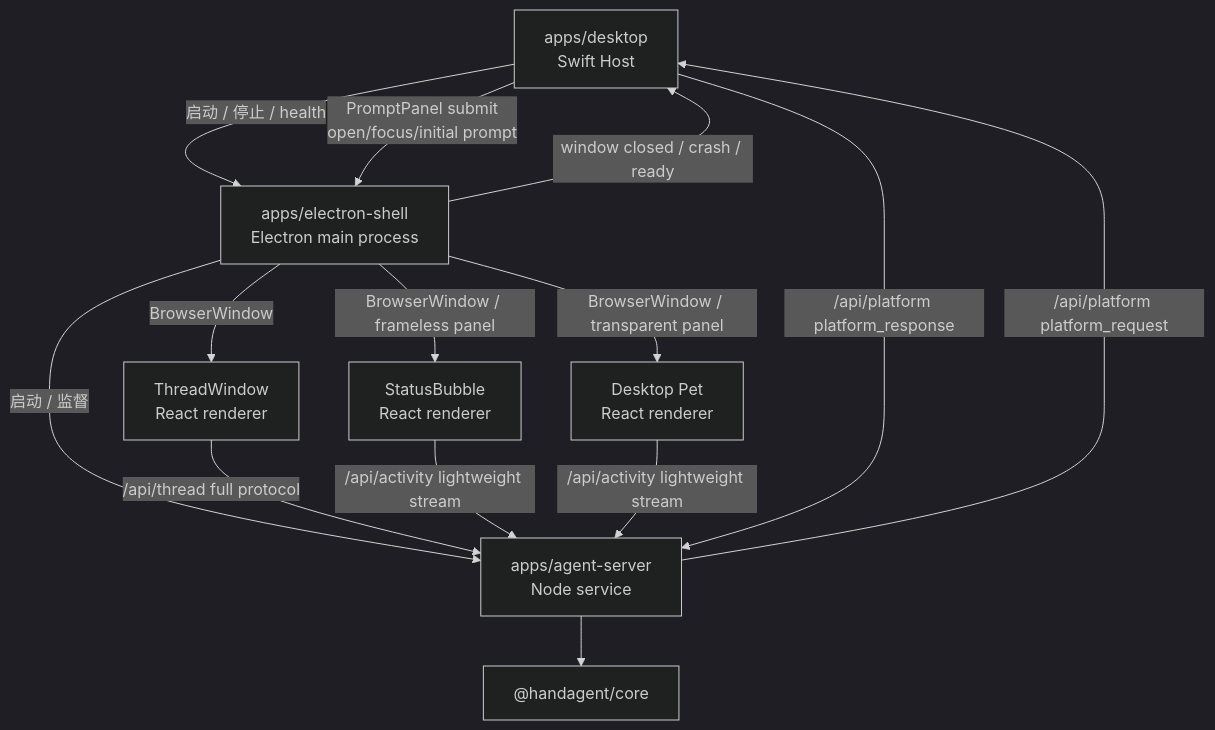
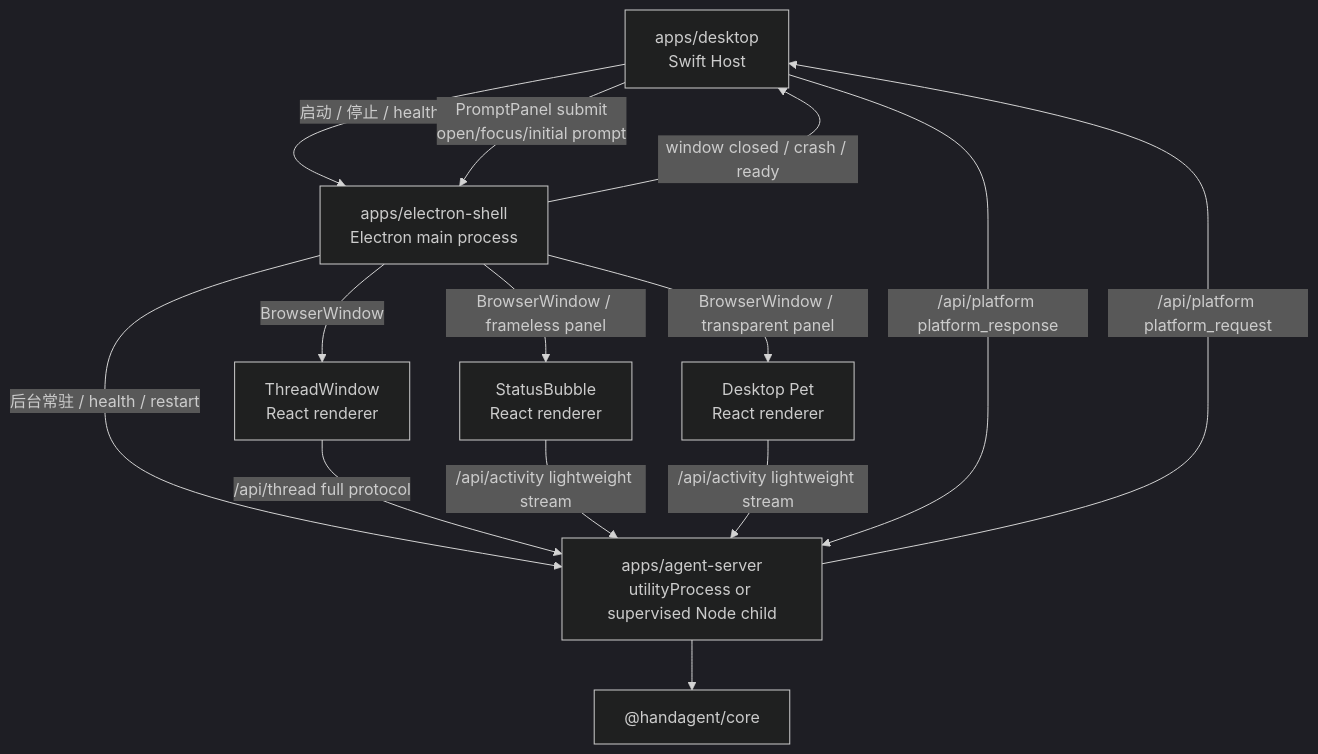
The first of 2 diagrams in docs/superpowers/specs/2026-06-08-electron-ui-shell-migration.md (Lixuhang987/SpotAgent), drawn with Mermaid (dark theme) before and after one commit. The commit also changed other lines of this file, not shown here.

Commit message:
docs: require supervised app server in electron spec

````diff
--- a/docs/superpowers/specs/2026-06-08-electron-ui-shell-migration.md
+++ b/docs/superpowers/specs/2026-06-08-electron-ui-shell-migration.md
@@ -105,19 +105,19 @@
 ```mermaid
 flowchart TD
   Swift["apps/desktop<br/>Swift Host"] -->|"启动 / 停止 / health"| ElectronMain["apps/electron-shell<br/>Electron main process"]
   Swift -->|"PromptPanel submit<br/>open/focus/initial prompt"| ElectronMain
   ElectronMain -->|"window closed / crash / ready"| Swift
 
   ElectronMain -->|"BrowserWindow"| ThreadUI["ThreadWindow<br/>React renderer"]
   ElectronMain -->|"BrowserWindow / frameless panel"| ActivityUI["StatusBubble<br/>React renderer"]
   ElectronMain -->|"BrowserWindow / transparent panel"| PetUI["Desktop Pet<br/>React renderer"]
 
-  ElectronMain -->|"启动 / 监督"| Server["apps/agent-server<br/>Node service"]
+  ElectronMain -->|"后台常驻 / health / restart"| Server["apps/agent-server<br/>utilityProcess or supervised Node child"]
   ThreadUI -->|"/api/thread full protocol"| Server
   ActivityUI -->|"/api/activity lightweight stream"| Server
   PetUI -->|"/api/activity lightweight stream"| Server
 
   Server -->|"/api/platform platform_request"| Swift
   Swift -->|"/api/platform platform_response"| Server
   Server --> Core["@handagent/core"]
 ```
````
